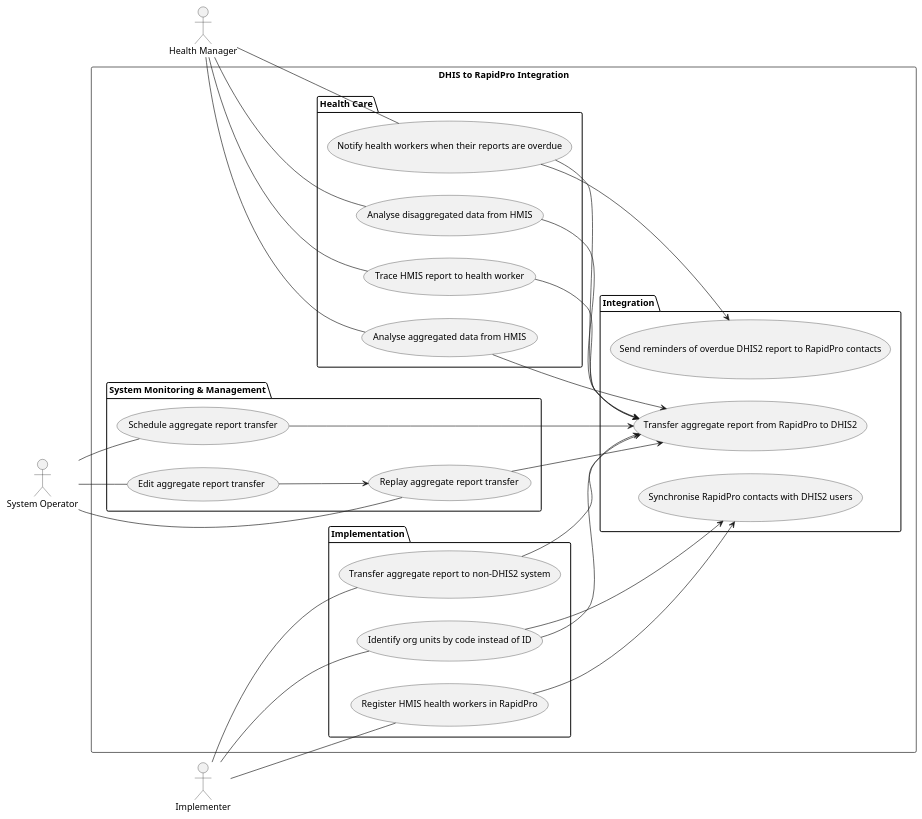
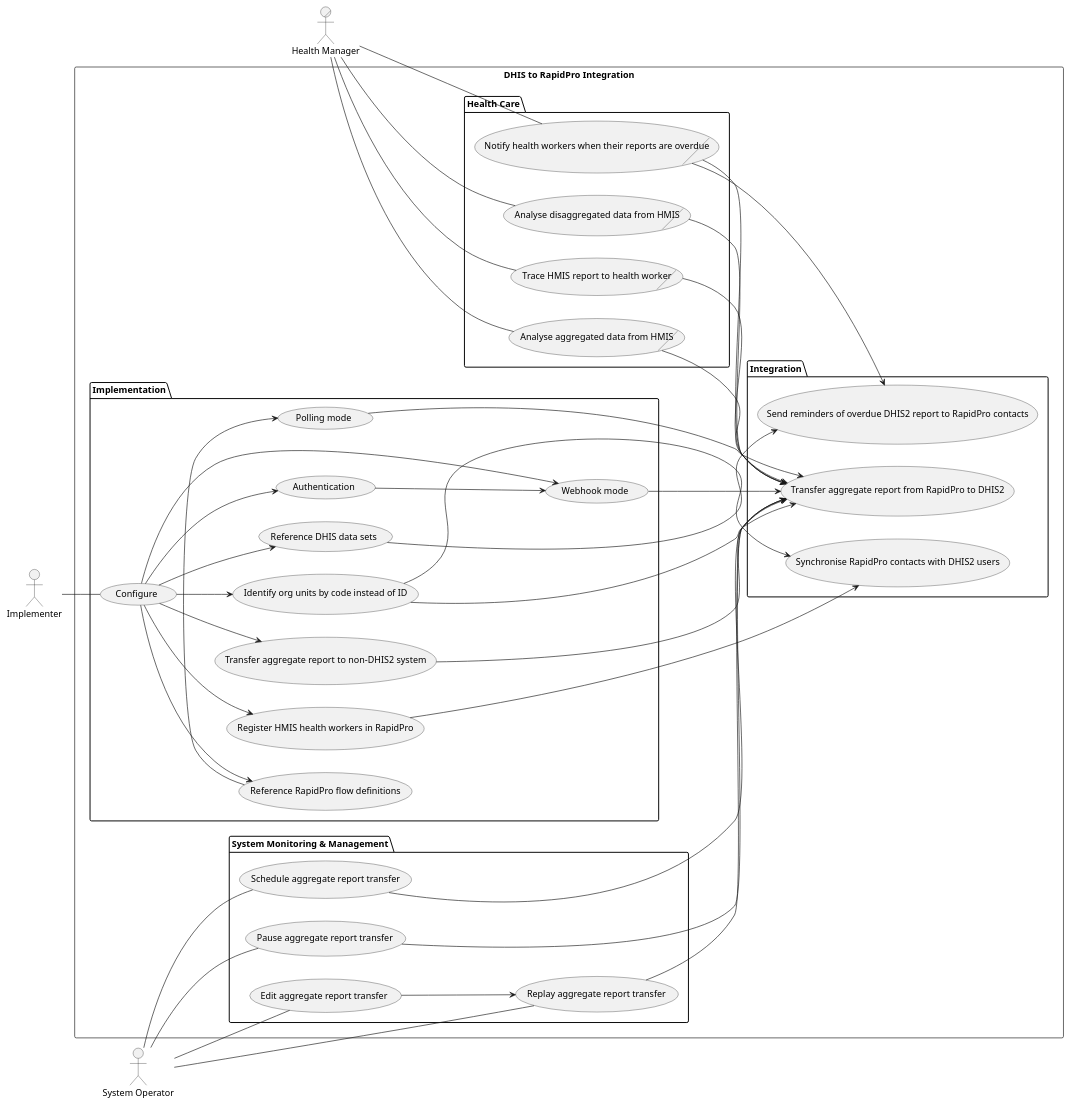
Before and after one commit to dhis2/integration-dhis-rapidpro: the diagram in design/plantuml/use-case.puml, drawn with PlantUML. The commit also changed 3 other files, not shown here.

First line of the commit message:
docs(INTEROP-25): describe polling use case in UML (#74)

```diff
--- a/design/plantuml/use-case.puml
+++ b/design/plantuml/use-case.puml
@@ -1,53 +1,72 @@
 @startuml
 left to right direction
 
-"Health Manager" as HealthManager
+"Health Manager" as :HealthManager:/
 "System Operator" as Operator
 "Implementer" as Implementer
 
 rectangle "DHIS to RapidPro Integration" {
     package "System Monitoring & Management" {
       usecase ReplayAggrReport as "Replay aggregate report transfer"
       usecase EditAggrReport as "Edit aggregate report transfer"
       usecase ScheduleAggrReport as "Schedule aggregate report transfer"
+      usecase PauseAggregateReportTransfer as "Pause aggregate report transfer"
     }
     package "Implementation" {
       usecase IdentityOrgUnitsByCode as "Identify org units by code instead of ID"
       usecase TransferAggrReportToNonDhis2 as "Transfer aggregate report to non-DHIS2 system"
       usecase RegisterHealthWorkers as "Register HMIS health workers in RapidPro"
+      usecase Webhook as "Webhook mode"
+      usecase Polling as "Polling mode"
+      usecase Authentication as Authentication
+      usecase Configure
+      usecase ReferenceDhisDataSets as "Reference DHIS data sets"
+      usecase ReferenceRapidProFlowDefinitions as "Reference RapidPro flow definitions"
     }
     package "Health Care" {
-      usecase AnalyseAggrReport as "Analyse aggregated data from HMIS"
-      usecase NotifyHealthWorkers as "Notify health workers when their reports are overdue"
-      usecase AnalyseDisaggrData as "Analyse disaggregated data from HMIS"
-      usecase TraceHmisReport as "Trace HMIS report to health worker"
+      usecase (AnalyseAggrReport)/ as "Analyse aggregated data from HMIS"
+      usecase (NotifyHealthWorkers)/  as "Notify health workers when their reports are overdue"
+      usecase (AnalyseDisaggrData)/ as "Analyse disaggregated data from HMIS"
+      usecase (TraceHmisReport)/ as "Trace HMIS report to health worker"
     }
     package "Integration" {
       usecase SyncContacts as "Synchronise RapidPro contacts with DHIS2 users"
       usecase TransferAggrReport as "Transfer aggregate report from RapidPro to DHIS2"
       usecase SendReminders as "Send reminders of overdue DHIS2 report to RapidPro contacts"
     }
 }
 HealthManager -- AnalyseAggrReport
 AnalyseAggrReport --> TransferAggrReport
 AnalyseDisaggrData --> TransferAggrReport
 HealthManager -- NotifyHealthWorkers
 NotifyHealthWorkers --> SendReminders
 TraceHmisReport --> TransferAggrReport
 HealthManager - TraceHmisReport
 NotifyHealthWorkers --> TransferAggrReport
 Operator -- ScheduleAggrReport
 Operator -- ReplayAggrReport
+Operator -- PauseAggregateReportTransfer
+PauseAggregateReportTransfer --> TransferAggrReport
 ReplayAggrReport --> TransferAggrReport
 Operator -- EditAggrReport
 EditAggrReport --> ReplayAggrReport
 ScheduleAggrReport --> TransferAggrReport
-Implementer -- TransferAggrReportToNonDhis2
 TransferAggrReportToNonDhis2 --> TransferAggrReport
-Implementer -- IdentityOrgUnitsByCode
 IdentityOrgUnitsByCode --> TransferAggrReport
 IdentityOrgUnitsByCode --> SyncContacts
 HealthManager -- AnalyseDisaggrData
-Implementer -- RegisterHealthWorkers
 RegisterHealthWorkers --> SyncContacts
+Implementer -- Configure
+Configure --> IdentityOrgUnitsByCode
+Configure --> TransferAggrReportToNonDhis2
+Configure --> RegisterHealthWorkers
+Configure --> Webhook
+Configure --> Authentication
+Configure --> ReferenceDhisDataSets
+Configure --> ReferenceRapidProFlowDefinitions
+ReferenceRapidProFlowDefinitions -> Polling
+ReferenceDhisDataSets --> SendReminders
+Webhook --> TransferAggrReport
+Authentication --> Webhook
+Polling --> TransferAggrReport
 @enduml
```
